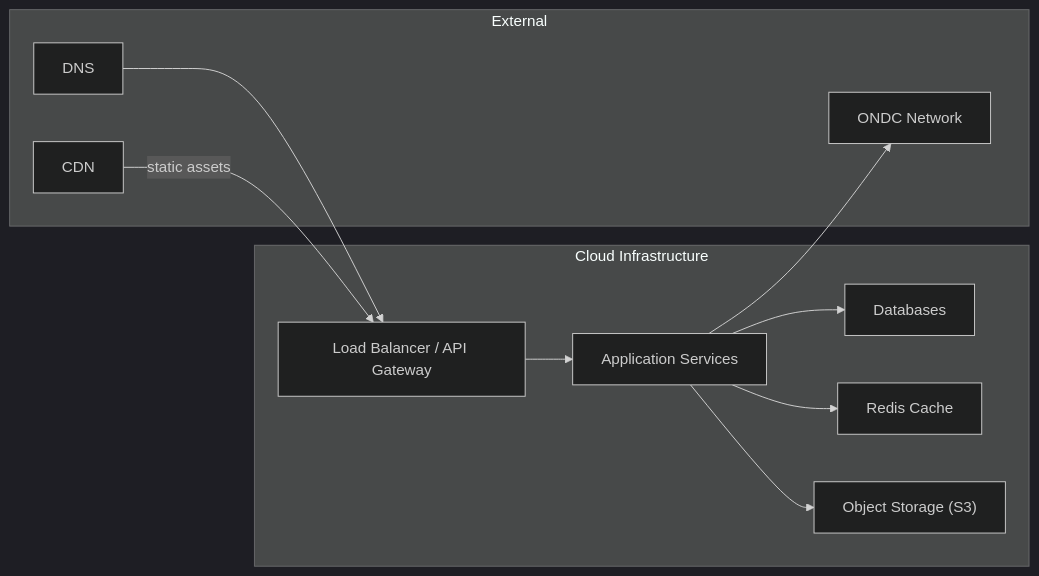
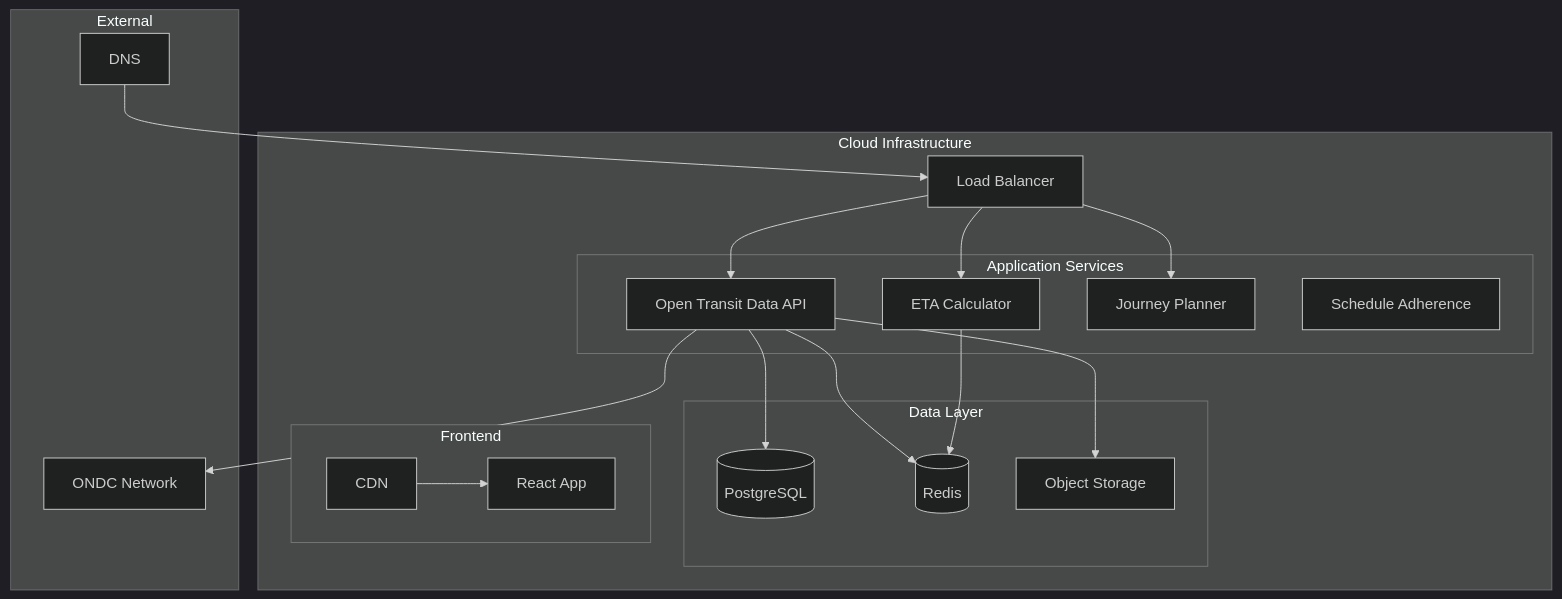
Before and after one commit to transport-stack/wiki-transport-stack: the fourth of 4 diagrams in docs/architecture/overview.md, drawn with Mermaid (dark theme). The commit also changed other lines of this file and 2 other files, not shown here.

First line of the commit message:
feat: redesign architecture pages with MOSIP-inspired structure

````diff
--- a/docs/architecture/overview.md
+++ b/docs/architecture/overview.md
@@ -140,24 +207,36 @@
 ```mermaid
-graph LR
+graph TB
     subgraph "Cloud Infrastructure"
-        LB["Load Balancer / API Gateway"]
-        APP["Application Services"]
-        DB["Databases"]
-        CACHE["Redis Cache"]
-        S3["Object Storage (S3)"]
+        LB[Load Balancer]
+        subgraph "Application Services"
+            OTD[Open Transit Data API]
+            ETA[ETA Calculator]
+            JP[Journey Planner]
+            SA[Schedule Adherence]
+        end
+        subgraph "Data Layer"
+            DB[(PostgreSQL)]
+            CACHE[(Redis)]
+            S3[Object Storage]
+        end
+        subgraph "Frontend"
+            CDN[CDN]
+            UI[React App]
+        end
     end
-
-    subgraph "External"
-        DNS["DNS"]
-        ONDC["ONDC Network"]
-        CDN["CDN"]
+    subgraph External
+        DNS[DNS]
+        ONDC[ONDC Network]
     end
 
     DNS --> LB
-    LB --> APP
-    APP --> DB
-    APP --> CACHE
-    APP --> S3
-    APP --> ONDC
-    CDN -->|"static assets"| LB
+    LB --> OTD
+    LB --> ETA
+    LB --> JP
+    OTD --> DB
+    OTD --> CACHE
+    OTD --> S3
+    ETA --> CACHE
+    CDN --> UI
+    OTD --> ONDC
 ```
````
